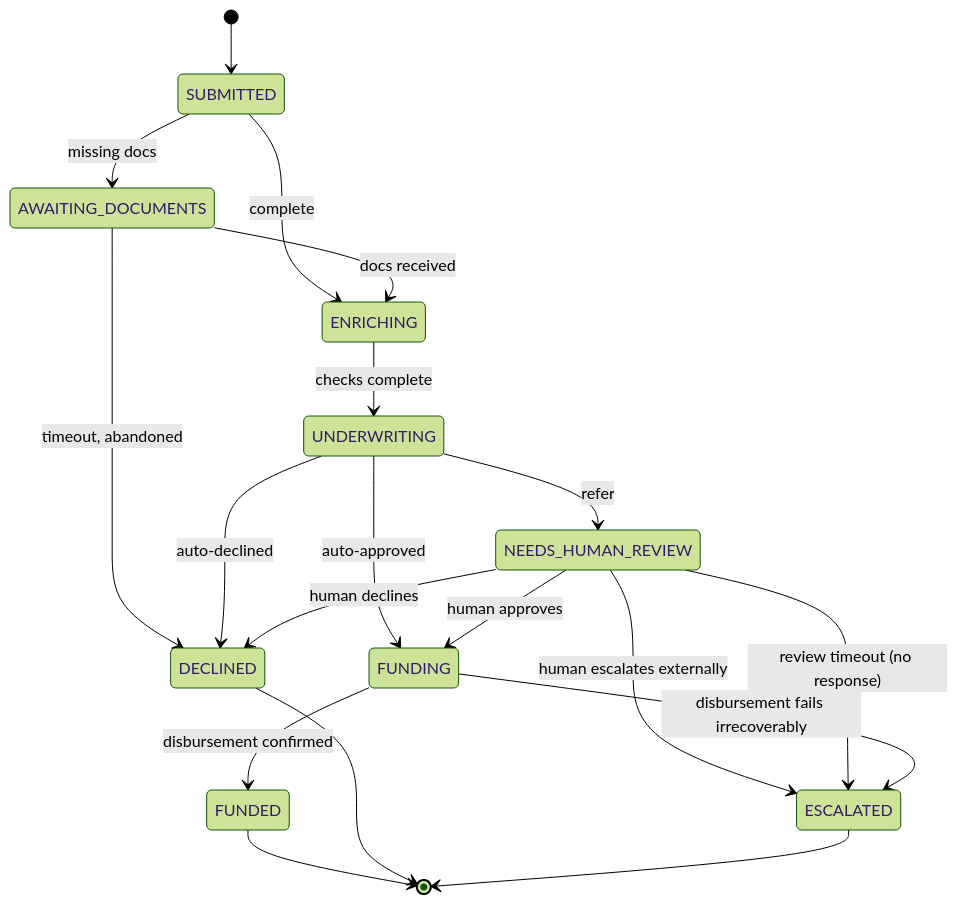
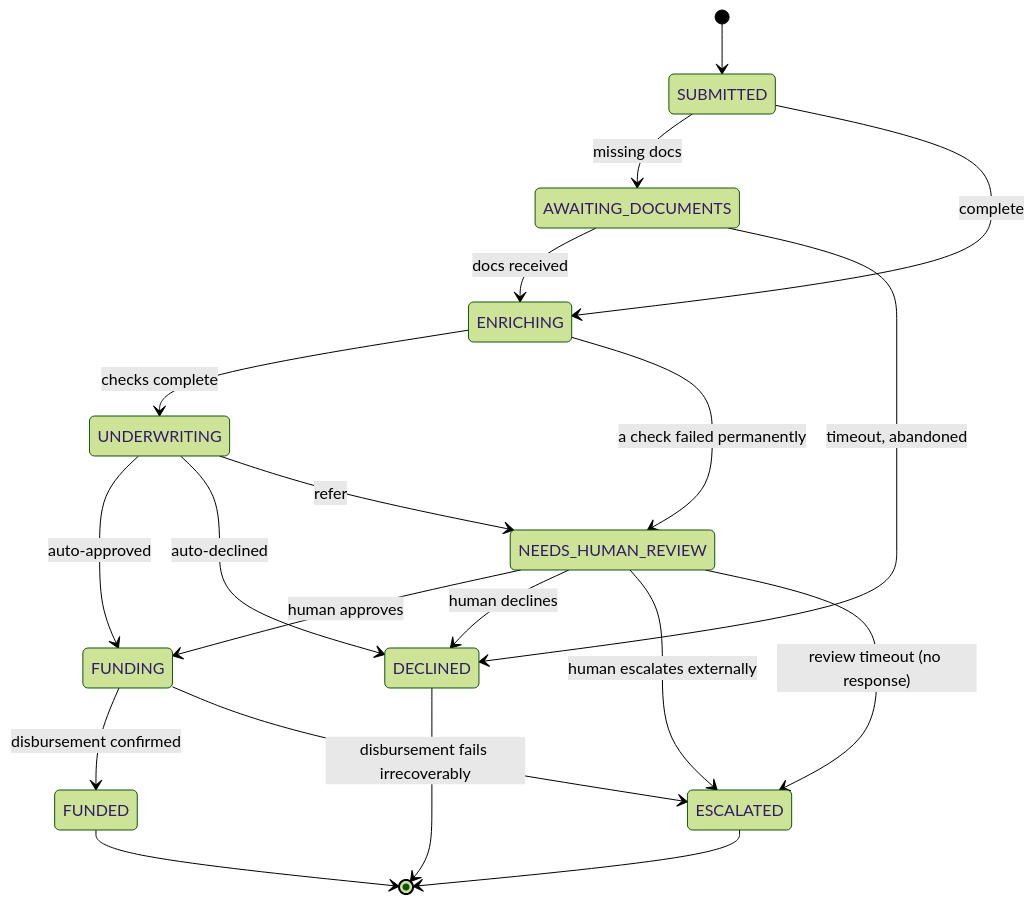
One commit to AustinLuu/conductor-loan-disbursement changed the diagram in docs/03-TDD.md. Above: the diagram before and after it, drawn with Mermaid (forest theme). The commit also changed other lines of this file and 6 other files, not shown here.

Commit message:
Fix workflow gaps: route failed checks to review, enforce workflow-ID dedup policy

````diff
--- a/docs/03-TDD.md
+++ b/docs/03-TDD.md
@@ -158,21 +240,22 @@
 ```mermaid
 stateDiagram-v2
     [*] --> SUBMITTED
     SUBMITTED --> AWAITING_DOCUMENTS: missing docs
     SUBMITTED --> ENRICHING: complete
     AWAITING_DOCUMENTS --> ENRICHING: docs received
     AWAITING_DOCUMENTS --> DECLINED: timeout, abandoned
     ENRICHING --> UNDERWRITING: checks complete
+    ENRICHING --> NEEDS_HUMAN_REVIEW: a check failed permanently
     UNDERWRITING --> FUNDING: auto-approved
     UNDERWRITING --> DECLINED: auto-declined
     UNDERWRITING --> NEEDS_HUMAN_REVIEW: refer
     NEEDS_HUMAN_REVIEW --> FUNDING: human approves
     NEEDS_HUMAN_REVIEW --> DECLINED: human declines
     NEEDS_HUMAN_REVIEW --> ESCALATED: human escalates externally
     NEEDS_HUMAN_REVIEW --> ESCALATED: review timeout (no response)
     FUNDING --> FUNDED: disbursement confirmed
     FUNDING --> ESCALATED: disbursement fails irrecoverably
     FUNDED --> [*]
     DECLINED --> [*]
     ESCALATED --> [*]
 ```
````
